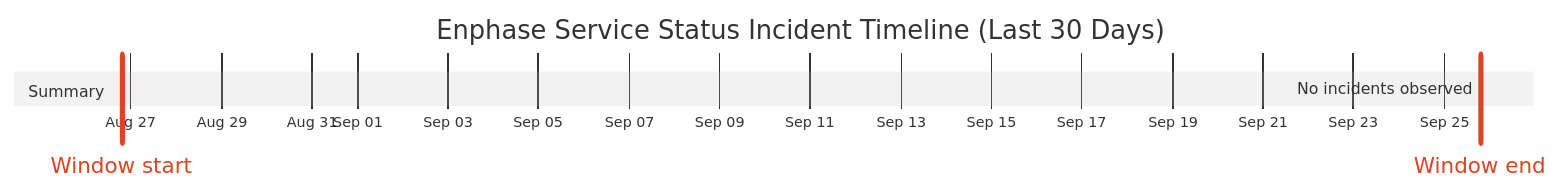
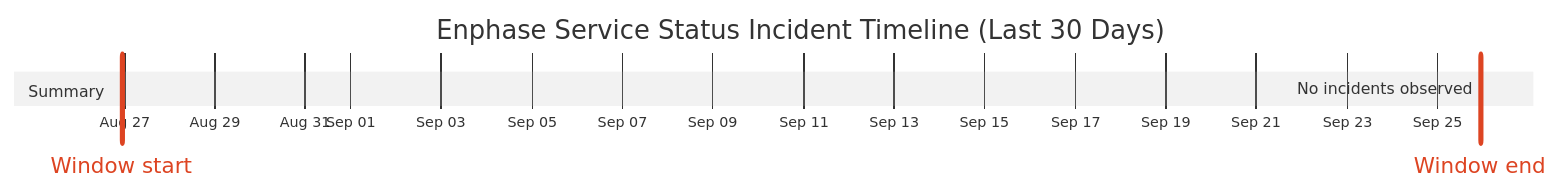
The diagram in wiki/Service-Status-History.md (barneyonline/ha-enphase-energy), drawn with Mermaid (neutral theme) before and after one commit. The commit also changed other lines of this file and 3 other files, not shown here.

````diff
--- a/wiki/Service-Status-History.md
+++ b/wiki/Service-Status-History.md
@@ -14,10 +14,10 @@
 ```mermaid
 gantt
     title Enphase Service Status Incident Timeline (Last 30 Days)
     dateFormat  YYYY-MM-DDTHH:mm:ss
     axisFormat  %b %d
-    Window start :vert, window-start, 2026-08-26T19:07:32, 0ms
-    Window end :vert, window-end, 2026-09-25T19:07:32, 0ms
+    Window start :vert, window-start, 2026-08-26T22:38:57, 0ms
+    Window end :vert, window-end, 2026-09-25T22:38:57, 0ms
     section Summary
-    No incidents observed :done, 2026-09-25T19:07:32, 1m
+    No incidents observed :done, 2026-09-25T22:38:57, 1m
 ```
````
